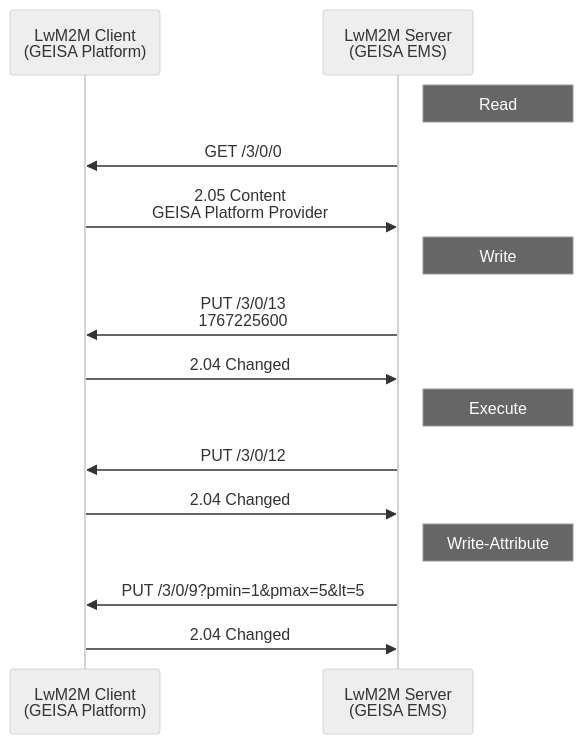
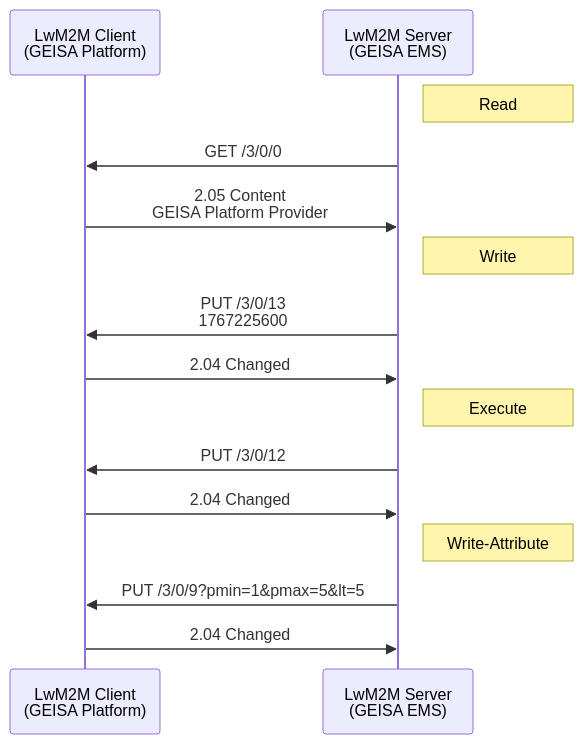
Before and after one commit to geisa/specification: the diagram in source/adm/device-management-operations.mermaid, drawn with Mermaid. The commit also changed 30 other files, not shown here.

```diff
--- a/source/adm/device-management-operations.mermaid
+++ b/source/adm/device-management-operations.mermaid
@@ -1,32 +1,26 @@
----
-config:
-  look: classic
-  theme: neutral
----
-
 %%
 %%  Copyright 2025, Contributors to the Grid Edge Interoperability & Security 
 %%  Alliance (GEISA) a Series of LF Projects, LLC  
 %%  This file is licensed under the Community Specification License 1.0 
 %%  available at:
 %%  https://github.com/geisa/specification/blob/main/LICENSE.md or
 %%  https://github.com/CommunitySpecification/Community_Specification/blob/main/1._Community_Specification_License-v1.md
 %%
 %%
 
 sequenceDiagram
     participant C as LwM2M Client<br/>(GEISA Platform)
     participant S as LwM2M Server<br/>(GEISA EMS)
    
     Note right of S: Read
     S->>C: GET /3/0/0
     C->>S: 2.05 Content<br/>GEISA Platform Provider
     Note right of S: Write
     S->>C: PUT /3/0/13<br/>1767225600
     C->>S: 2.04 Changed
     Note right of S: Execute
     S->>C: PUT /3/0/12
     C->>S: 2.04 Changed
     Note right of S: Write-Attribute
     S->>C: PUT /3/0/9?pmin=1&pmax=5&lt=5
     C->>S: 2.04 Changed
```
